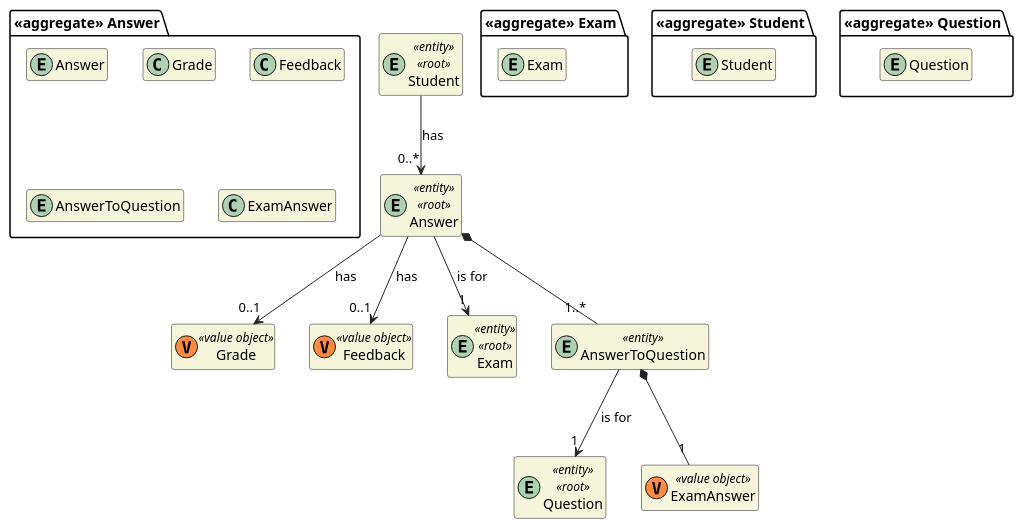
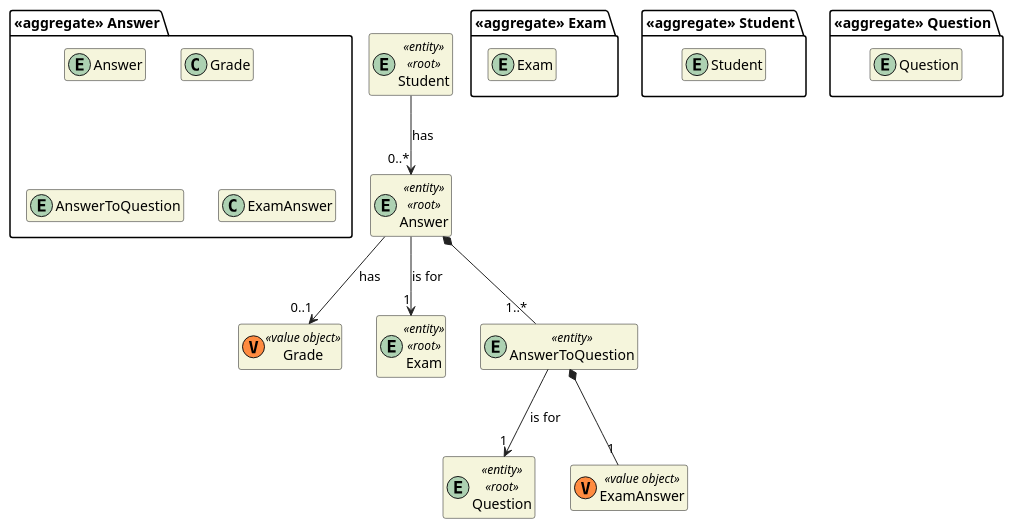
The diagram in docs/dm/DM_Answer.puml (miseEnPlace-dev/lapr4), drawn with PlantUML before and after one commit. The commit also changed 2 other files, not shown here.

```diff
--- a/docs/dm/DM_Answer.puml
+++ b/docs/dm/DM_Answer.puml
@@ -1,59 +1,54 @@
 @startuml DM-EXAM
 'https://plantuml.com/class-diagram
 
 skinparam classAttributeIconSize 0
 hide empty attributes
 hide empty methods
 skinparam classBackgroundColor beige
 skinparam ArrowColor #222222
 
 package "<<aggregate>> Exam" {
   entity Exam
 }
 
 package "<<aggregate>> Student" {
   entity Student
 }
 
 entity Student <<entity>> <<root>> {
 }
 
 package "<<aggregate>> Question" {
   entity Question
 }
 
 entity Question <<entity>> <<root>> {
 }
 
 package "<<aggregate>> Answer" {
   entity Answer
 
   class Grade
-  class Feedback
 
   entity AnswerToQuestion
   class ExamAnswer
 }
 
-entity Answer <<entity>> <<root>> {
-
-}
+entity Answer <<entity>> <<root>> {}
 
 class Grade <<(V,#FF8B40) value object>> {}
-class Feedback <<(V,#FF8B40) value object>> {}
 class ExamAnswer <<(V,#FF8B40) value object>> {}
 
 entity Exam <<entity>> <<root>> {}
 entity AnswerToQuestion <<entity>> {}
 
 Student --> "0..*" Answer : has
 Answer --> "1" Exam : is for
 Answer --> "0..1" Grade : has
-Answer --> "0..1" Feedback : has
 
 AnswerToQuestion --> "1" Question : is for
 AnswerToQuestion *-- "1" ExamAnswer
 
 Answer *-- "1..*" AnswerToQuestion
 
 @enduml
```
